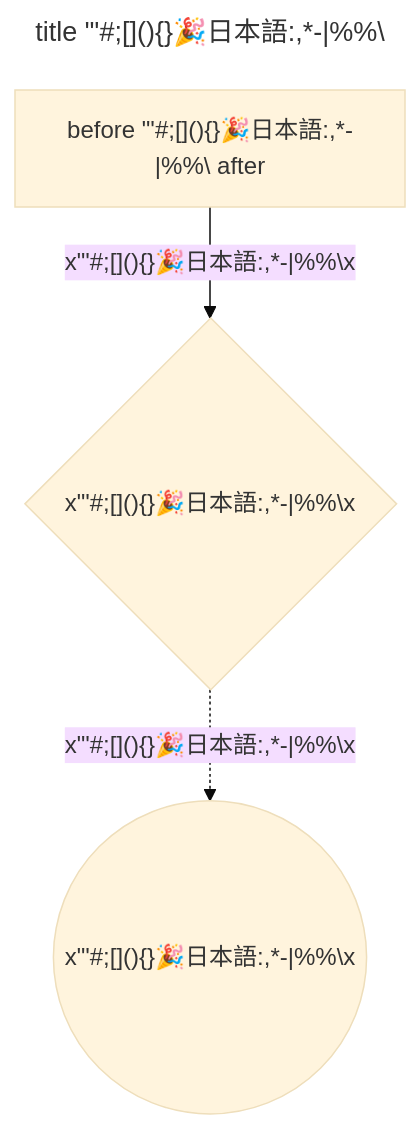
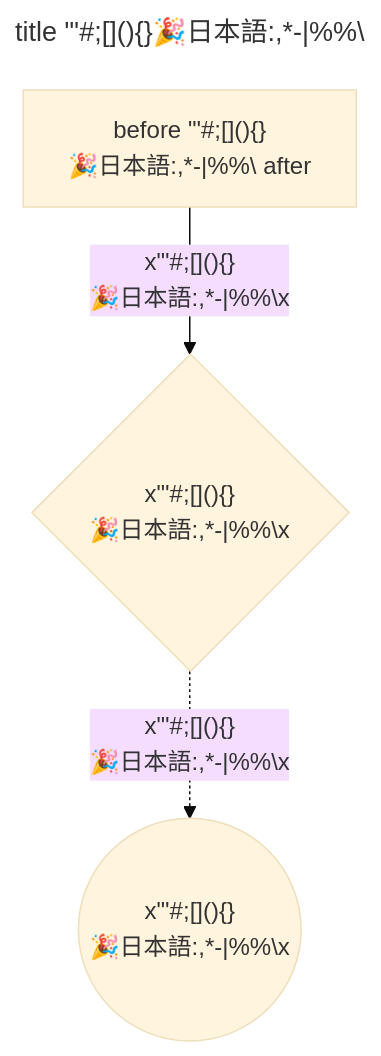
The diagram in doc/edgecase/flowchart.md (nao1215/markdown), drawn with Mermaid (base theme) before and after one commit. The commit also changed 18 other files, not shown here.

First line of the commit message:
test(edgecase): put every character through every diagram type (#172)

````diff
--- a/doc/edgecase/flowchart.md
+++ b/doc/edgecase/flowchart.md
@@ -5,11 +5,11 @@
 ```mermaid
 ---
 title: "title \"'#;[](){}🎉日本語:,*-|%%\\"
 ---
 flowchart TB
-    A["before #quot;'#;[](){}🎉日本語:,*-|%%\ after"]
-    B{"x#quot;'#;[](){}🎉日本語:,*-|%%\x"}
-    C(("x#quot;'#;[](){}🎉日本語:,*-|%%\x"))
-    A-->|"x#quot;'#;[](){}🎉日本語:,*-|%%\x"|B
-    B-. "x#quot;'#;[](){}🎉日本語:,*-|%%\x" .-> C
+    A["before #quot;'#;[](){}<br/>🎉日本語:,*-|%%\ after"]
+    B{"x#quot;'#;[](){}<br/>🎉日本語:,*-|%%\x"}
+    C(("x#quot;'#;[](){}<br/>🎉日本語:,*-|%%\x"))
+    A-->|"x#quot;'#;[](){}<br/>🎉日本語:,*-|%%\x"|B
+    B-. "x#quot;'#;[](){}<br/>🎉日本語:,*-|%%\x" .-> C
 ```
````
